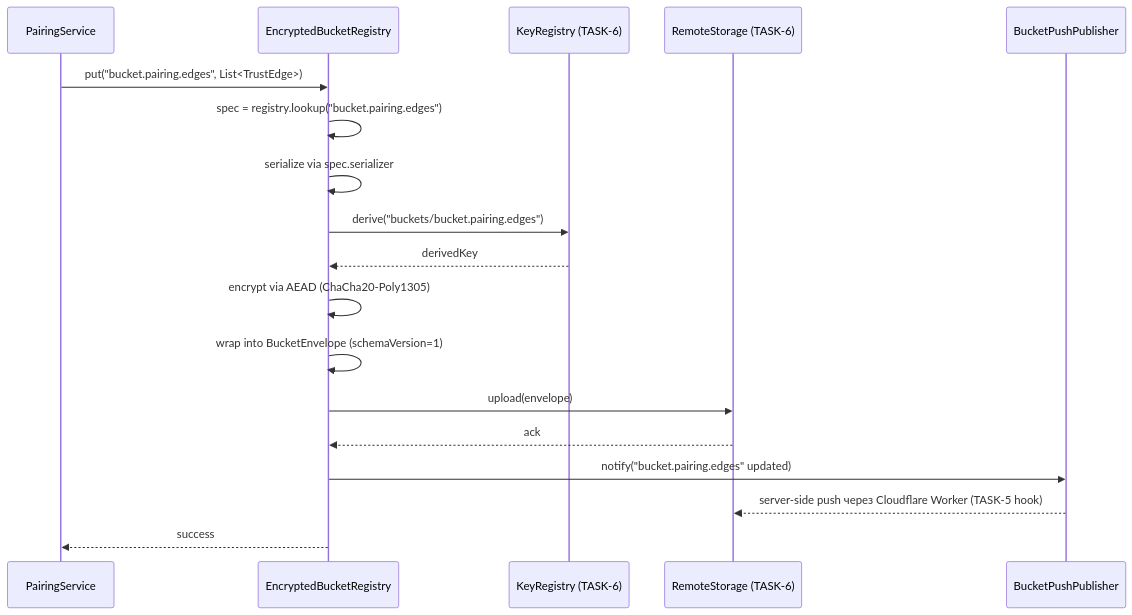
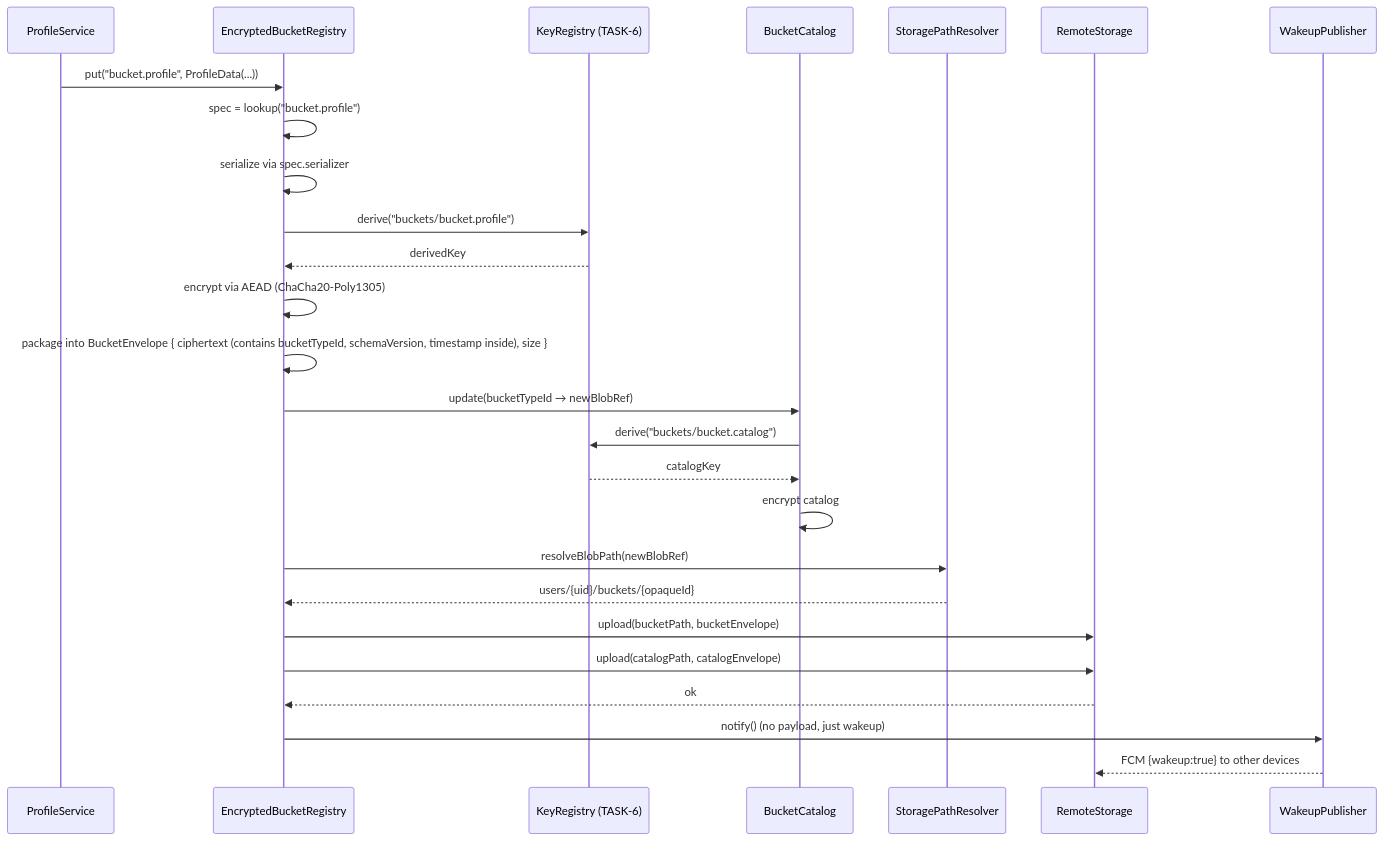
Before and after one commit to jeromwork/launcher: the fourth of 9 diagrams in specs/task-66-generic-encrypted-bucket-registry/spec.md, drawn with Mermaid. The commit also changed other lines of this file, not shown here.

````diff
--- a/specs/task-66-generic-encrypted-bucket-registry/spec.md
+++ b/specs/task-66-generic-encrypted-bucket-registry/spec.md
@@ -166,21 +184,29 @@
 ```mermaid
 sequenceDiagram
-  participant Feature as PairingService
+  participant Feature as ProfileService
   participant Reg as EncryptedBucketRegistry
   participant KR as KeyRegistry (TASK-6)
-  participant RS as RemoteStorage (TASK-6)
-  participant Push as BucketPushPublisher
+  participant Cat as BucketCatalog
+  participant PR as StoragePathResolver
+  participant RS as RemoteStorage
+  participant Push as WakeupPublisher
 
-  Feature->>Reg: put("bucket.pairing.edges", List<TrustEdge>)
-  Reg->>Reg: spec = registry.lookup("bucket.pairing.edges")
+  Feature->>Reg: put("bucket.profile", ProfileData(...))
+  Reg->>Reg: spec = lookup("bucket.profile")
   Reg->>Reg: serialize via spec.serializer
-  Reg->>KR: derive("buckets/bucket.pairing.edges")
+  Reg->>KR: derive("buckets/bucket.profile")
   KR-->>Reg: derivedKey
   Reg->>Reg: encrypt via AEAD (ChaCha20-Poly1305)
-  Reg->>Reg: wrap into BucketEnvelope (schemaVersion=1)
-  Reg->>RS: upload(envelope)
-  RS-->>Reg: ack
-  Reg->>Push: notify("bucket.pairing.edges" updated)
-  Push-->>RS: server-side push через Cloudflare Worker (TASK-5 hook)
-  Reg-->>Feature: success
+  Reg->>Reg: package into BucketEnvelope { ciphertext (contains bucketTypeId, schemaVersion, timestamp inside), size }
+  Reg->>Cat: update(bucketTypeId → newBlobRef)
+  Cat->>KR: derive("buckets/bucket.catalog")
+  KR-->>Cat: catalogKey
+  Cat->>Cat: encrypt catalog
+  Reg->>PR: resolveBlobPath(newBlobRef)
+  PR-->>Reg: users/{uid}/buckets/{opaqueId}
+  Reg->>RS: upload(bucketPath, bucketEnvelope)
+  Reg->>RS: upload(catalogPath, catalogEnvelope)
+  RS-->>Reg: ok
+  Reg->>Push: notify() (no payload, just wakeup)
+  Push-->>RS: FCM {wakeup:true} to other devices
 ```
````
